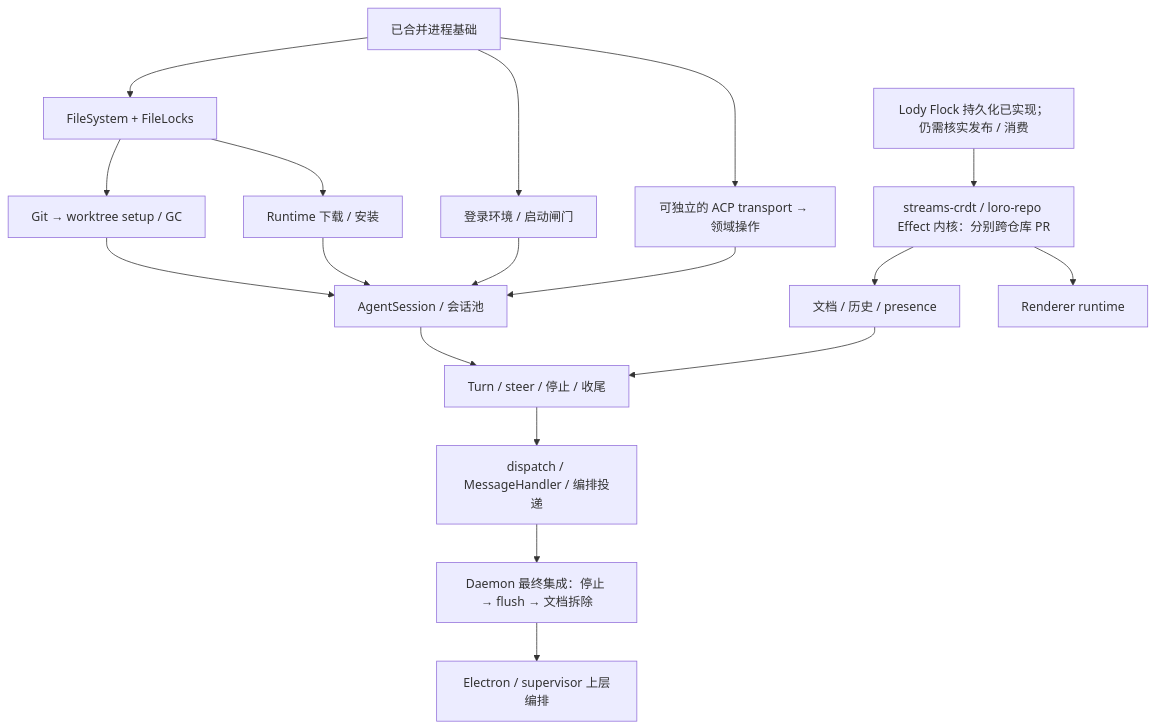
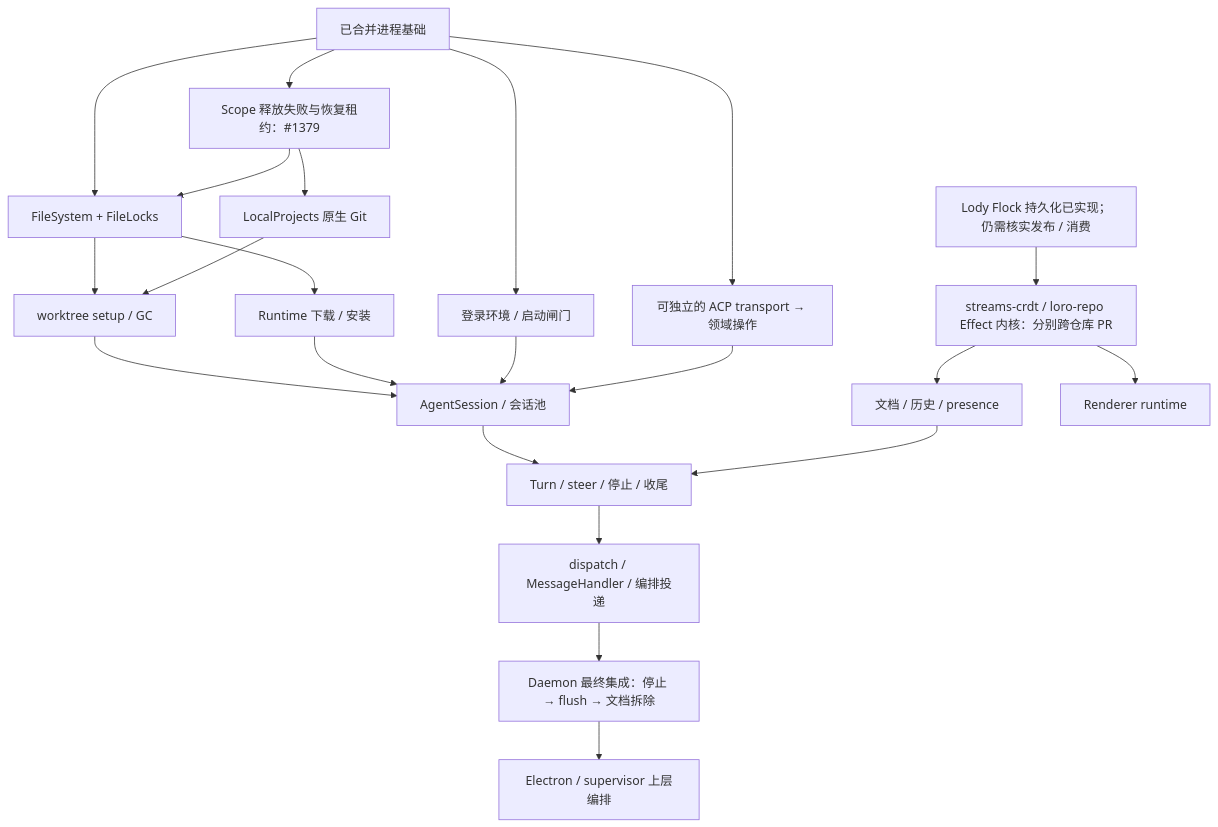
One commit to LodyAI/Lody changed the diagram in .agents/notes/proposed/architecture/2026-09-27-effect-lifecycle-migration-roadmap.zh.md. Above: the diagram before and after it, drawn with Mermaid. The commit also changed other lines of this file and 8 other files, not shown here.

````diff
--- a/.agents/notes/proposed/architecture/2026-09-27-effect-lifecycle-migration-roadmap.zh.md
+++ b/.agents/notes/proposed/architecture/2026-09-27-effect-lifecycle-migration-roadmap.zh.md
@@ -262,20 +262,24 @@
 ```mermaid
 flowchart TD
   P["已合并进程基础"] --> F["FileSystem + FileLocks"]
-  F --> G["Git → worktree setup / GC"]
+  P --> C["Scope 释放失败与恢复租约：#1379"]
+  C --> F
+  C --> G["LocalProjects 原生 Git"]
+  F --> J["worktree setup / GC"]
+  G --> J
   F --> R["Runtime 下载 / 安装"]
   P --> E["登录环境 / 启动闸门"]
   P --> A["可独立的 ACP transport → 领域操作"]
-  G --> S["AgentSession / 会话池"]
+  J --> S["AgentSession / 会话池"]
   R --> S
   E --> S
   A --> S
   K["Lody Flock 持久化已实现；仍需核实发布 / 消费"] --> L["streams-crdt / loro-repo Effect 内核：分别跨仓库 PR"]
   L --> D["文档 / 历史 / presence"]
   S --> T["Turn / steer / 停止 / 收尾"]
   D --> T
   T --> H["dispatch / MessageHandler / 编排投递"]
   H --> M["Daemon 最终集成：停止 → flush → 文档拆除"]
   L --> W["Renderer runtime"]
   M --> X["Electron / supervisor 上层编排"]
 ```
````
